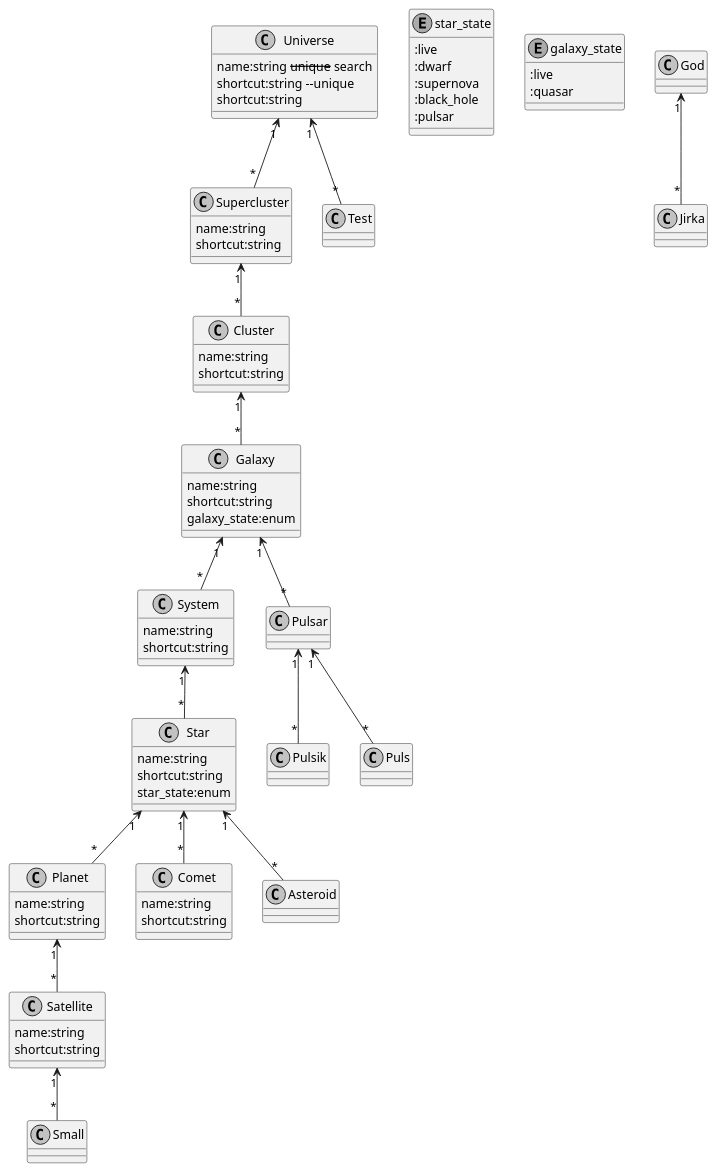
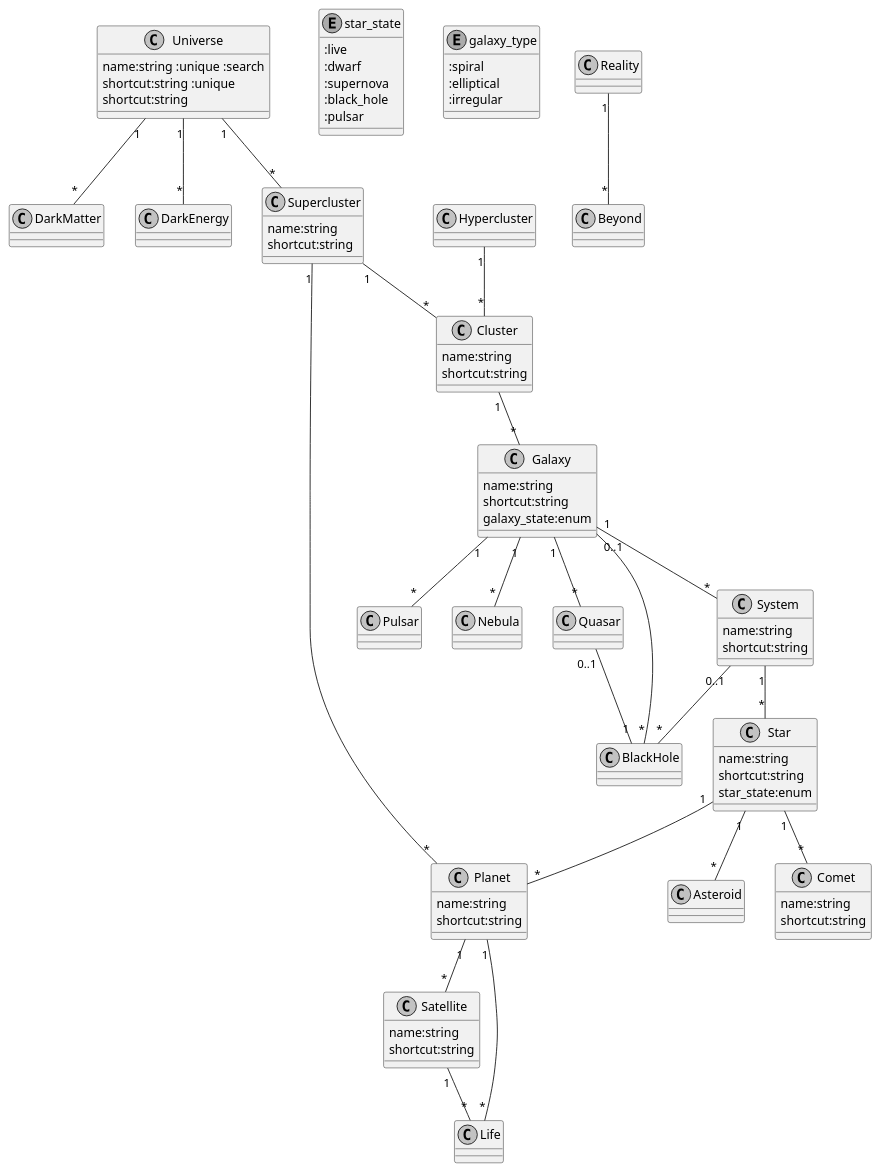
One commit to jrcech/rails_template changed the diagram in docs/test.md. Above: the diagram before and after it, drawn with PlantUML. The commit also changed 3 other files, not shown here.

````diff
--- a/docs/test.md
+++ b/docs/test.md
@@ -5,8 +5,8 @@
 skinparam shadowing false
 
 class Universe {
-  name:string --unique --search
-  shortcut:string --unique
+  name:string :unique :search
+  shortcut:string :unique
   shortcut:string
 }
 
@@ -60,32 +60,42 @@
   :pulsar
 }
 
-enum galaxy_state {
-  :live
-  :quasar
+enum galaxy_type {
+  :spiral
+  :elliptical
+  :irregular
 }
+Supercluster "1" -- "*" Planet
+Hypercluster "1" -- "*" Cluster
 
-Satellite "1" <-- "*" Small
+Supercluster "1" -- "*" Cluster
+Star "1" -- "*" Comet
 
-Supercluster "1" <-- "*" Cluster
-Star "1" <-- "*" Comet
+Universe "1" -- "*" Supercluster
+Cluster "1" -- "*" Galaxy
 
-  Universe "1" <-- "*" Supercluster
-Cluster "1" <-- "*" Galaxy
+System "1" -- "*" Star
 
-Galaxy "1" <-- "*" System
-System "1" <-- "*" Star
-Galaxy "1" <-- "*" Pulsar
+Galaxy "1" -- "*" System
+Galaxy "1" -- "*" Pulsar
+Galaxy "1" -- "*" Nebula
+Galaxy "1" -- "*" Quasar
 
-Universe "1" <-- "*" Test
-God "1" <-- "*" Jirka
+Galaxy "0..1" -- "*" BlackHole
+Quasar "0..1" -- "1" BlackHole
+System "0..1" -- "*" BlackHole
 
-Pulsar "1" <-- "*" Pulsik
-Pulsar "1" <-- "*" Puls
+Universe "1" -- "*" DarkMatter
+Universe "1" -- "*" DarkEnergy
 
-Star "1" <-- "*" Planet
-Star "1" <-- "*" Asteroid
+Planet "1" -- "*" Life
+Satellite "1" -- "*" Life
 
-Planet "1" <-- "*" Satellite
+Star "1" -- "*" Planet
+Star "1" -- "*" Asteroid
+
+Planet "1" -- "*" Satellite
+
+Reality "1" -- "*" Beyond
 @enduml
 ```
````
